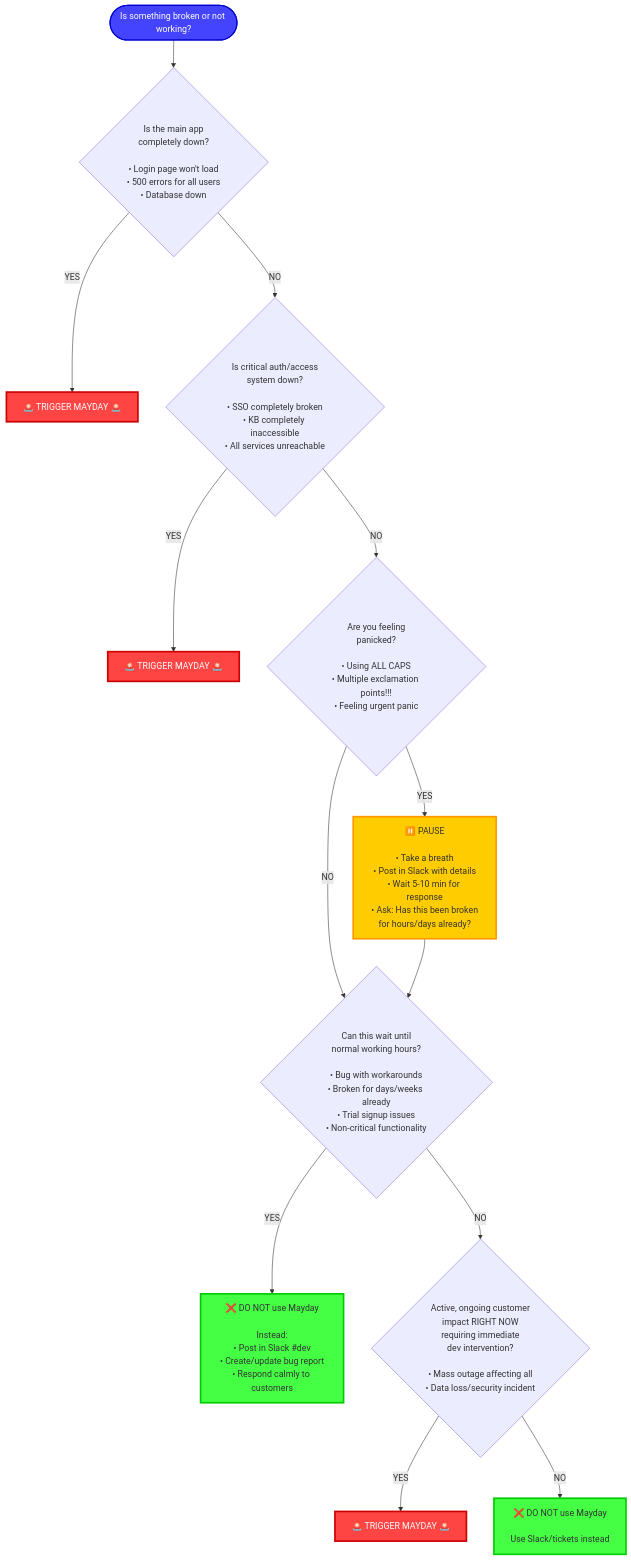
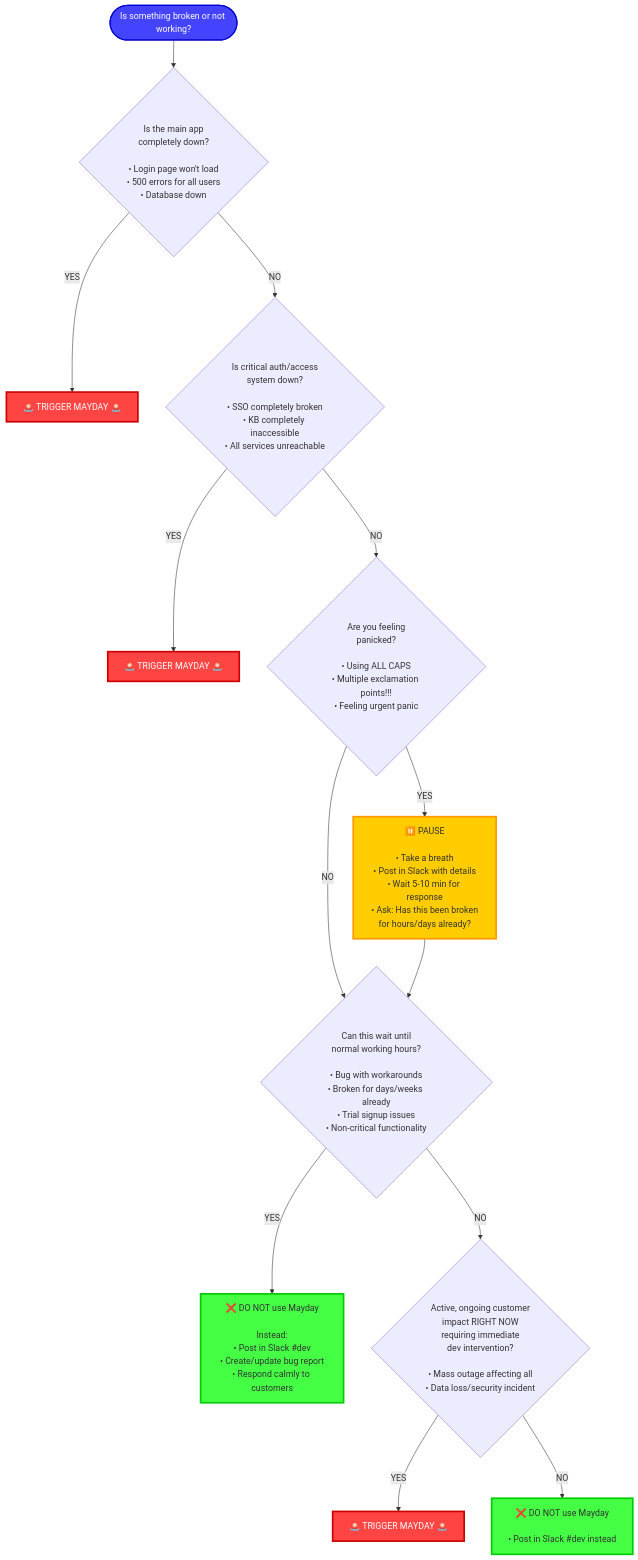
Before and after one commit to chad-knowledgeowl/mayday-decision-tree: the diagram in mayday-decision-tree.mermaid, drawn with Mermaid.

```diff
--- a/mayday-decision-tree.mermaid
+++ b/mayday-decision-tree.mermaid
@@ -1,27 +1,27 @@
 flowchart TD
     Start([Is something broken or not working?]) --> Q1{Is the main app<br/>completely down?<br/><br/>• Login page won't load<br/>• 500 errors for all users<br/>• Database down}
     
     Q1 -->|YES| Mayday1[🚨 TRIGGER MAYDAY 🚨]
     Q1 -->|NO| Q2{Is critical auth/access<br/>system down?<br/><br/>• SSO completely broken<br/>• KB completely inaccessible<br/>• All services unreachable}
     
     Q2 -->|YES| Mayday2[🚨 TRIGGER MAYDAY 🚨]
     Q2 -->|NO| Q3{Are you feeling<br/>panicked?<br/><br/>• Using ALL CAPS<br/>• Multiple exclamation points!!!<br/>• Feeling urgent panic}
     
     Q3 -->|YES| Pause[⏸️ PAUSE<br/><br/>• Take a breath<br/>• Post in Slack with details<br/>• Wait 5-10 min for response<br/>• Ask: Has this been broken<br/>for hours/days already?]
     Q3 -->|NO| Q4
     
     Pause --> Q4{Can this wait until<br/>normal working hours?<br/><br/>• Bug with workarounds<br/>• Broken for days/weeks already<br/>• Trial signup issues<br/>• Non-critical functionality}
     
     Q4 -->|YES| NoMayday1[❌ DO NOT use Mayday<br/><br/>Instead:<br/>• Post in Slack #dev<br/>• Create/update bug report<br/>• Respond calmly to customers]
     Q4 -->|NO| Q5{Active, ongoing customer<br/>impact RIGHT NOW<br/>requiring immediate<br/>dev intervention?<br/><br/>• Mass outage affecting all<br/>• Data loss/security incident}
     
     Q5 -->|YES| Mayday3[🚨 TRIGGER MAYDAY 🚨]
-    Q5 -->|NO| NoMayday2[❌ DO NOT use Mayday<br/><br/>Use Slack/tickets instead]
+    Q5 -->|NO| NoMayday2[❌ DO NOT use Mayday<br/><br/>• Post in Slack #dev instead]
     
     style Mayday1 fill:#ff4444,stroke:#cc0000,stroke-width:3px,color:#fff
     style Mayday2 fill:#ff4444,stroke:#cc0000,stroke-width:3px,color:#fff
     style Mayday3 fill:#ff4444,stroke:#cc0000,stroke-width:3px,color:#fff
     style NoMayday1 fill:#44ff44,stroke:#00cc00,stroke-width:3px
     style NoMayday2 fill:#44ff44,stroke:#00cc00,stroke-width:3px
     style Pause fill:#ffcc00,stroke:#ff9900,stroke-width:3px
     style Start fill:#4444ff,stroke:#0000cc,stroke-width:2px,color:#fff
```
